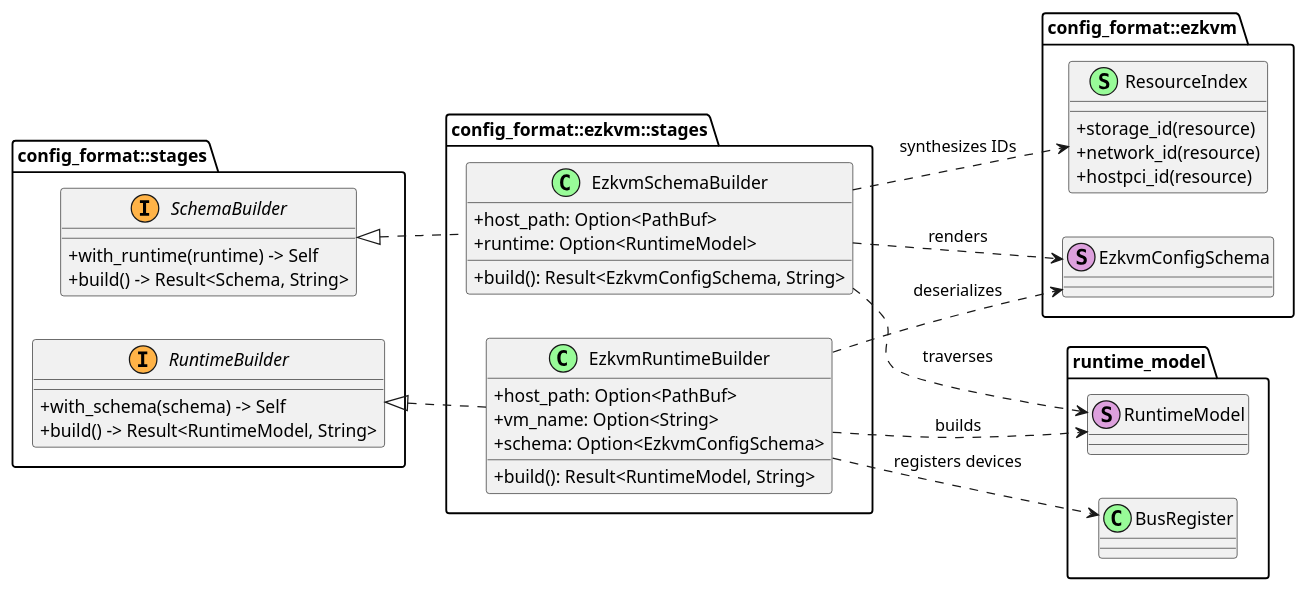
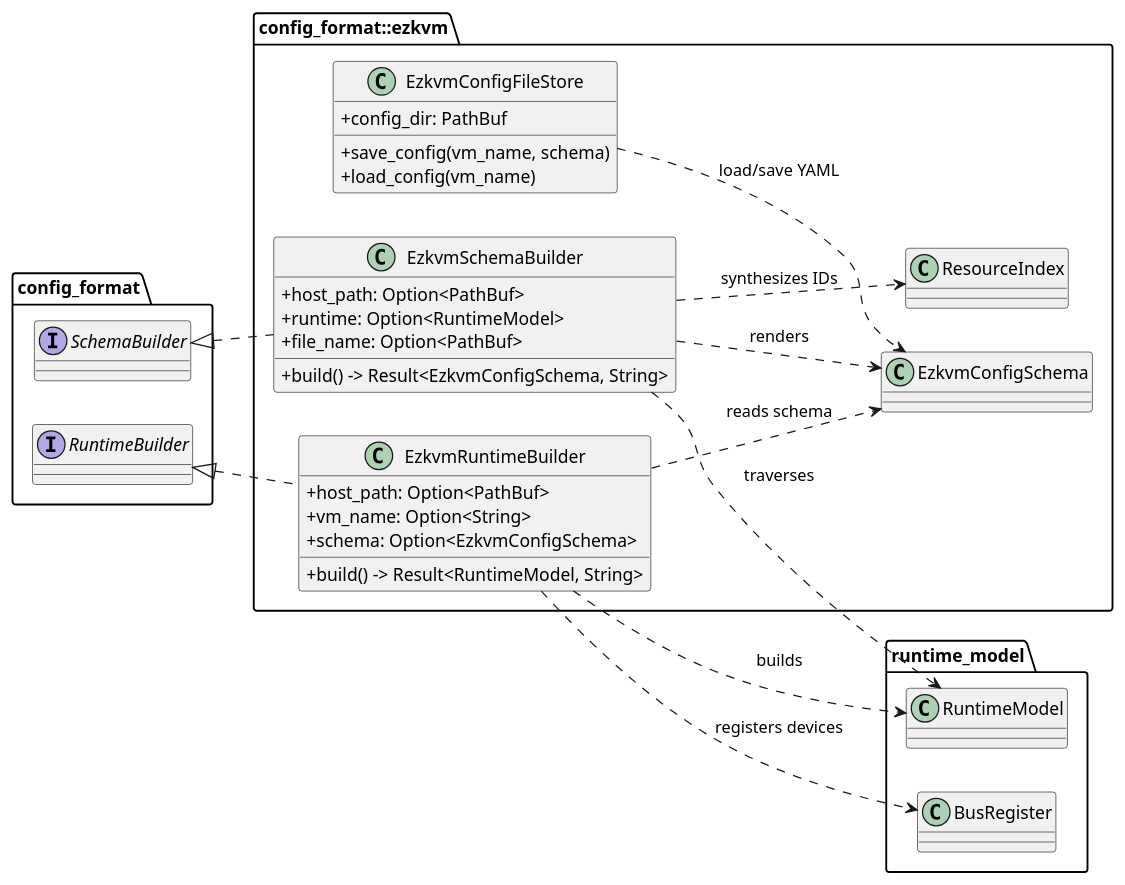
Before and after one commit to hurenkam/ezkvm: the first of 3 diagrams in src/config_format/ezkvm/README.md, drawn with PlantUML. The commit also changed other lines of this file and 31 other files, not shown here.

Commit message:
cleanup config_format

````diff
--- a/src/config_format/ezkvm/README.md
+++ b/src/config_format/ezkvm/README.md
@@ -222,54 +153,51 @@
 ```plantuml
 @startuml
 left to right direction
 skinparam classAttributeIconSize 0
 
-package "config_format::stages" {
-  interface RuntimeBuilder << (I,#FFB347) >> {
-    + with_schema(schema) -> Self
-    + build() -> Result<RuntimeModel, String>
+package "config_format::ezkvm" {
+  class EzkvmConfigSchema
+  class EzkvmRuntimeBuilder {
+    +host_path: Option<PathBuf>
+    +vm_name: Option<String>
+    +schema: Option<EzkvmConfigSchema>
+    +build() -> Result<RuntimeModel, String>
   }
-  interface SchemaBuilder << (I,#FFB347) >> {
-    + with_runtime(runtime) -> Self
-    + build() -> Result<Schema, String>
+  class EzkvmSchemaBuilder {
+    +host_path: Option<PathBuf>
+    +runtime: Option<RuntimeModel>
+    +file_name: Option<PathBuf>
+    +build() -> Result<EzkvmConfigSchema, String>
   }
+  class EzkvmConfigFileStore {
+    +config_dir: PathBuf
+    +save_config(vm_name, schema)
+    +load_config(vm_name)
+  }
+  class ResourceIndex
 }
 
-package "config_format::ezkvm::stages" {
-  class EzkvmRuntimeBuilder << (C,#98FB98) >> {
-    + host_path: Option<PathBuf>
-    + vm_name: Option<String>
-    + schema: Option<EzkvmConfigSchema>
-    + build(): Result<RuntimeModel, String>
-  }
-  class EzkvmSchemaBuilder << (C,#98FB98) >> {
-    + host_path: Option<PathBuf>
-    + runtime: Option<RuntimeModel>
-    + build(): Result<EzkvmConfigSchema, String>
-  }
-}
-
-package "config_format::ezkvm" {
-  class EzkvmConfigSchema << (S,#DDA0DD) >>
-  struct ResourceIndex << (S,#98FB98) >> {
-    + storage_id(resource)
-    + network_id(resource)
-    + hostpci_id(resource)
-  }
+package "config_format" {
+  interface RuntimeBuilder
+  interface SchemaBuilder
 }
 
 package "runtime_model" {
-  class RuntimeModel << (S,#DDA0DD) >>
-  class BusRegister << (C,#98FB98) >>
+  class RuntimeModel
+  class BusRegister
 }
 
 RuntimeBuilder <|.. EzkvmRuntimeBuilder
 SchemaBuilder <|.. EzkvmSchemaBuilder
-EzkvmRuntimeBuilder ..> EzkvmConfigSchema : deserializes
+
+EzkvmRuntimeBuilder ..> EzkvmConfigSchema : reads schema
 EzkvmRuntimeBuilder ..> RuntimeModel : builds
 EzkvmRuntimeBuilder ..> BusRegister : registers devices
+
 EzkvmSchemaBuilder ..> RuntimeModel : traverses
+EzkvmSchemaBuilder ..> ResourceIndex : synthesizes IDs
 EzkvmSchemaBuilder ..> EzkvmConfigSchema : renders
-EzkvmSchemaBuilder ..> ResourceIndex : synthesizes IDs
+
+EzkvmConfigFileStore ..> EzkvmConfigSchema : load/save YAML
 @enduml
 ```
````
